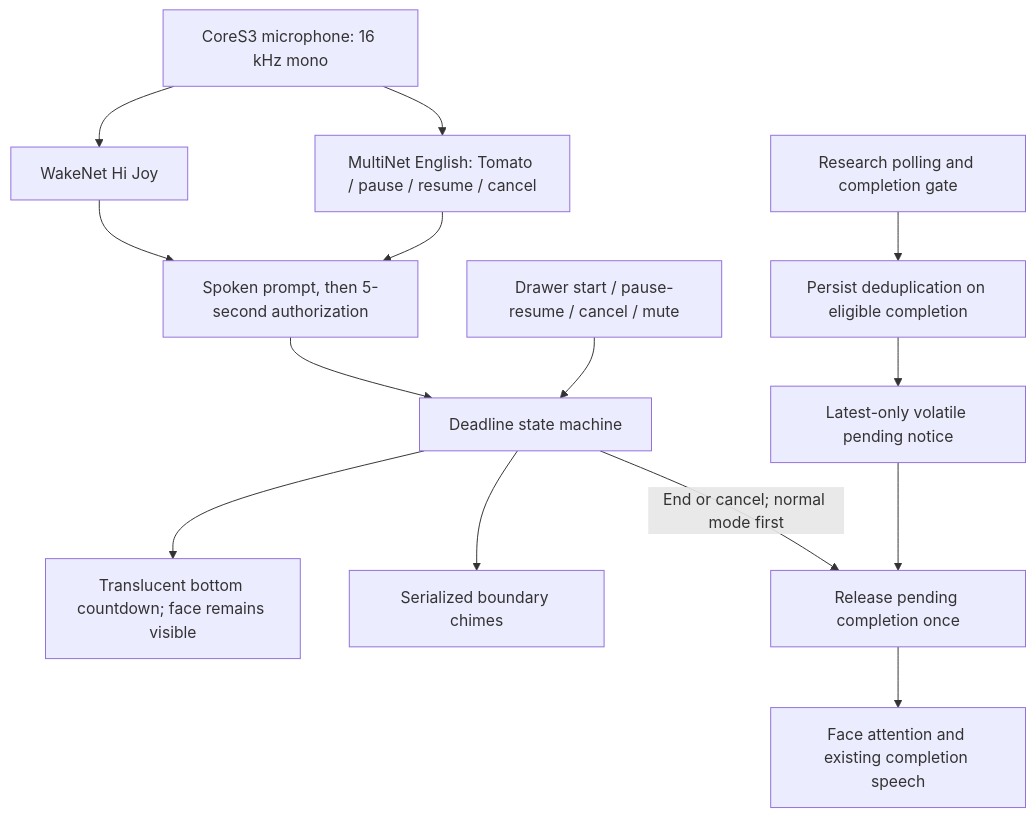
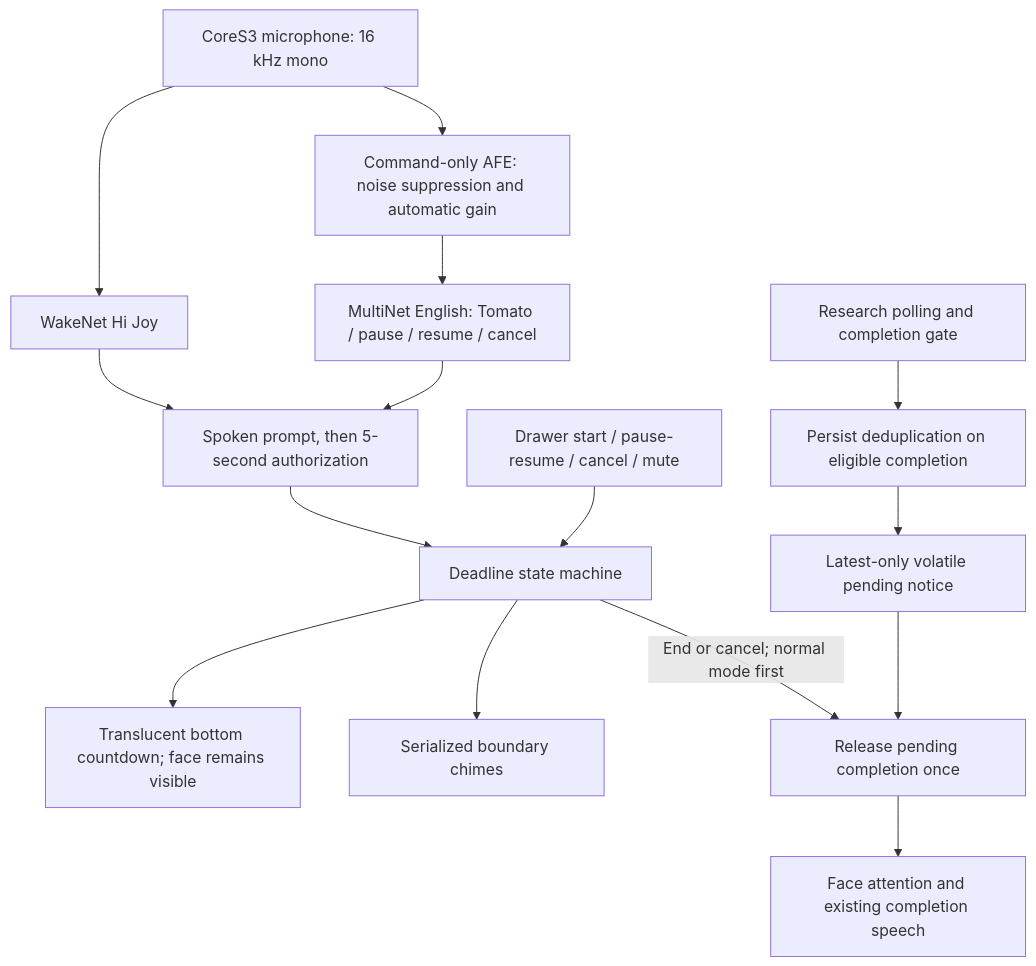
Before and after one commit to yeejingye/jyos-stackchan: the diagram in knowledge_base/feat/pomodoro/design.md, drawn with Mermaid. The commit also changed other lines of this file and 5 other files, not shown here.

````diff
--- a/knowledge_base/feat/pomodoro/design.md
+++ b/knowledge_base/feat/pomodoro/design.md
@@ -5,16 +5,17 @@
 ```mermaid
 flowchart TD
   PCM["CoreS3 microphone: 16 kHz mono"] --> Wake["WakeNet Hi Joy"]
   Wake --> Window["Spoken prompt, then 5-second authorization"]
-  PCM --> Commands["MultiNet English: Tomato / pause / resume / cancel"]
+  PCM --> AFE["Command-only AFE: noise suppression and automatic gain"]
+  AFE --> Commands["MultiNet English: Tomato / pause / resume / cancel"]
   Commands --> Window
   Window --> Timer["Deadline state machine"]
   Manual["Drawer start / pause-resume / cancel / mute"] --> Timer
   Timer --> Strip["Translucent bottom countdown; face remains visible"]
   Timer --> Cues["Serialized boundary chimes"]
   Research["Research polling and completion gate"] --> Admission["Persist deduplication on eligible completion"]
   Admission --> Pending["Latest-only volatile pending notice"]
   Timer -->|"End or cancel; normal mode first"| Release["Release pending completion once"]
   Pending --> Release
   Release --> Hardware["Face attention and existing completion speech"]
 ```
````
